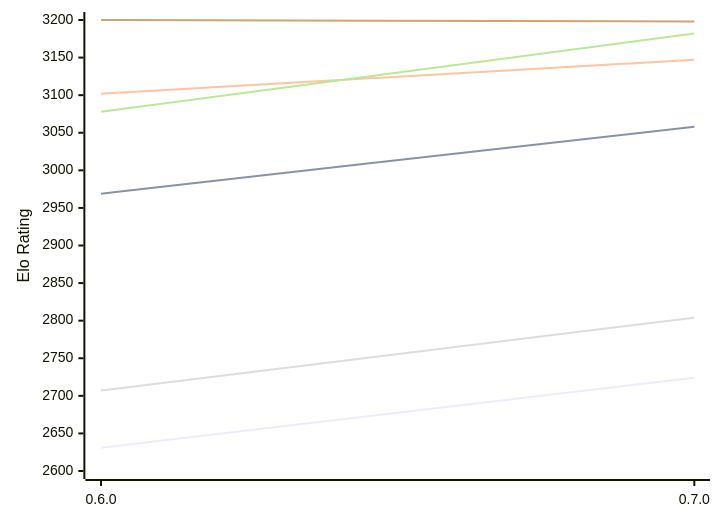
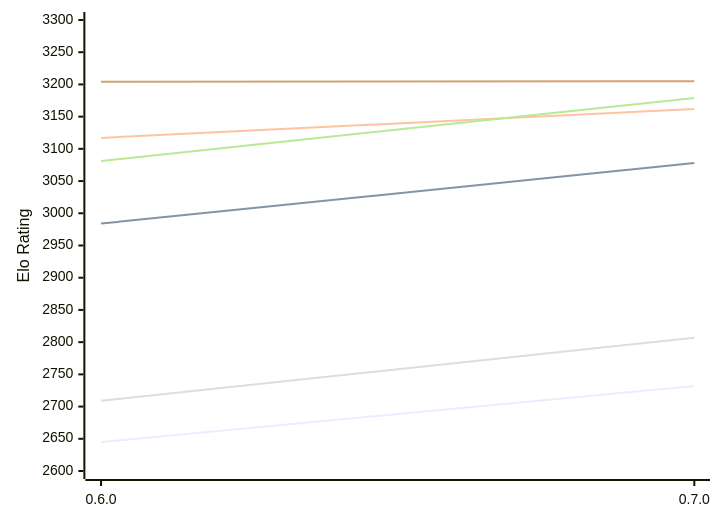
The first of 2 diagrams in engines/AteNika.md (computer-chess-index/cci), drawn with Mermaid before and after one commit. The commit also changed other lines of this file, not shown here.

Commit message:
Update CCI Ratings (ELO VLTC) - 2026-10-22

````diff
--- a/engines/AteNika.md
+++ b/engines/AteNika.md
@@ -52,12 +52,12 @@
 ```mermaid
 %%{init: {"theme":"base","themeVariables":{"seriesColors:['#a3a3a3','#222221','#faa371']}}}%%
 xychart-beta
   x-axis ["0.6.0", "0.7.0"]
-  y-axis "Elo Rating" 2600 --> 3200
-  line "E1: STC (8.0+0.08s)" [2631, 2724]
-  line "E1: LTC (60.0+0.60s)" [2969, 3058]
-  line "E1: VLTC (2m24s+1.12s)" [3102, 3147]
-  line "P1: STC (8.0+0.08s)" [2707, 2804]
-  line "P1: LTC (60.0+0.60s)" [3078, 3182]
-  line "P1: VLTC (2m24s+1.12s)" [3200, 3198]
+  y-axis "Elo Rating" 2600 --> 3300
+  line "E1: STC (8.0+0.08s)" [2645, 2732]
+  line "E1: LTC (60.0+0.60s)" [2984, 3078]
+  line "E1: VLTC (2m24s+1.12s)" [3117, 3162]
+  line "P1: STC (8.0+0.08s)" [2709, 2807]
+  line "P1: LTC (60.0+0.60s)" [3081, 3179]
+  line "P1: VLTC (2m24s+1.12s)" [3204, 3205]
 ```
````
